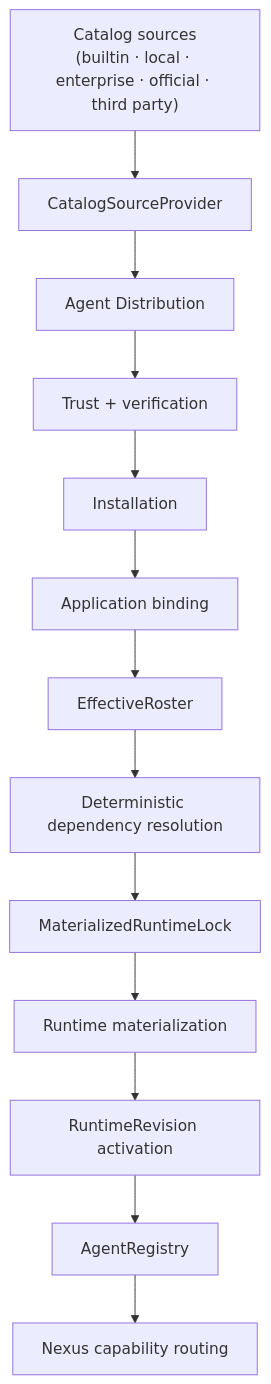
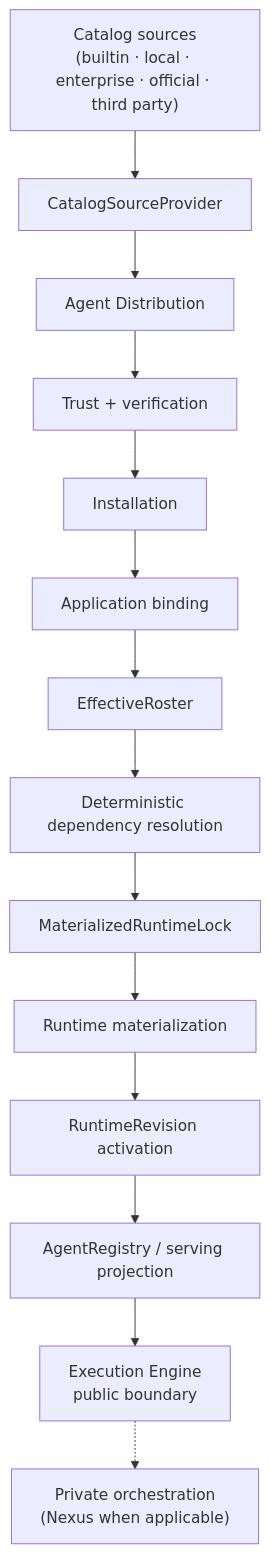
Before and after one commit to jakbuczarnecki/intergrax: the fourth of 24 diagrams in docs/project/overview/AGENT_MARKETPLACE.md, drawn with Mermaid. The commit also changed other lines of this file, not shown here.

First line of the commit message:
docs(marketplace): align agent marketplace with execution boundary

````diff
--- a/docs/project/overview/AGENT_MARKETPLACE.md
+++ b/docs/project/overview/AGENT_MARKETPLACE.md
@@ -153,18 +160,20 @@
 ```mermaid
 flowchart TB
     SRC["Catalog sources\n(builtin · local · enterprise · official · third party)"]
     CSP["CatalogSourceProvider"]
     AD["Agent Distribution"]
     TR["Trust + verification"]
     INS["Installation"]
     BIND["Application binding"]
     ER["EffectiveRoster"]
     RES["Deterministic dependency resolution"]
     MRL["MaterializedRuntimeLock"]
     MAT["Runtime materialization"]
     RR["RuntimeRevision activation"]
-    REG["AgentRegistry"]
-    NEX["Nexus capability routing"]
+    REG["AgentRegistry / serving projection"]
+    EE["Execution Engine\npublic boundary"]
+    NX["Private orchestration\n(Nexus when applicable)"]
 
-    SRC --> CSP --> AD --> TR --> INS --> BIND --> ER --> RES --> MRL --> MAT --> RR --> REG --> NEX
+    SRC --> CSP --> AD --> TR --> INS --> BIND --> ER --> RES --> MRL --> MAT --> RR --> REG --> EE
+    EE -.-> NX
 ```
````
